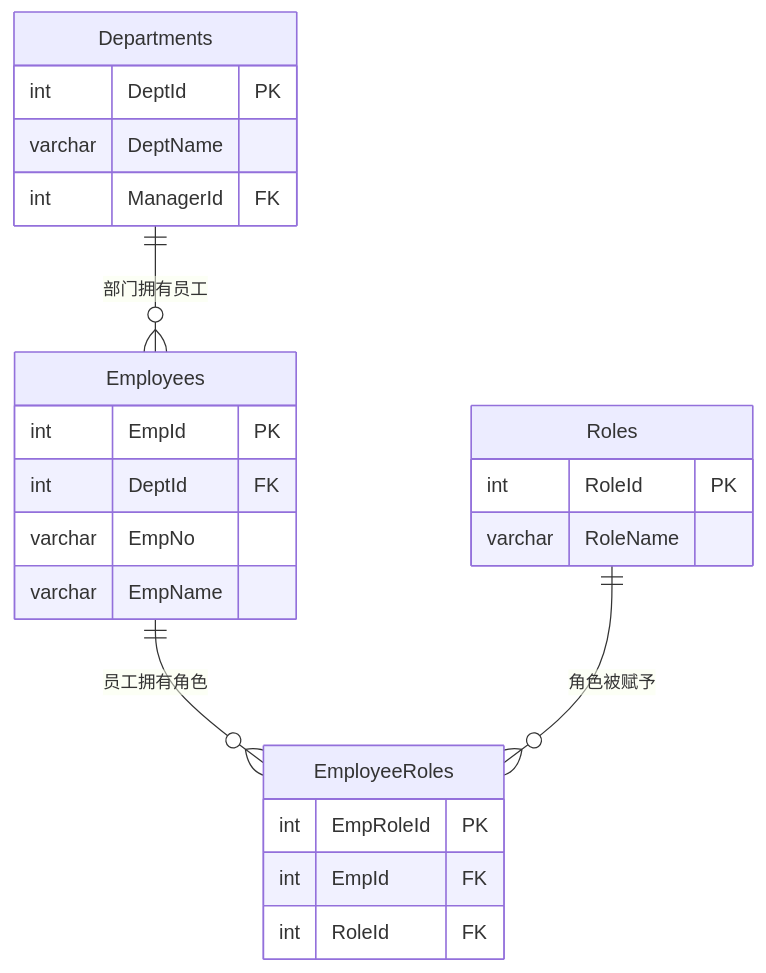
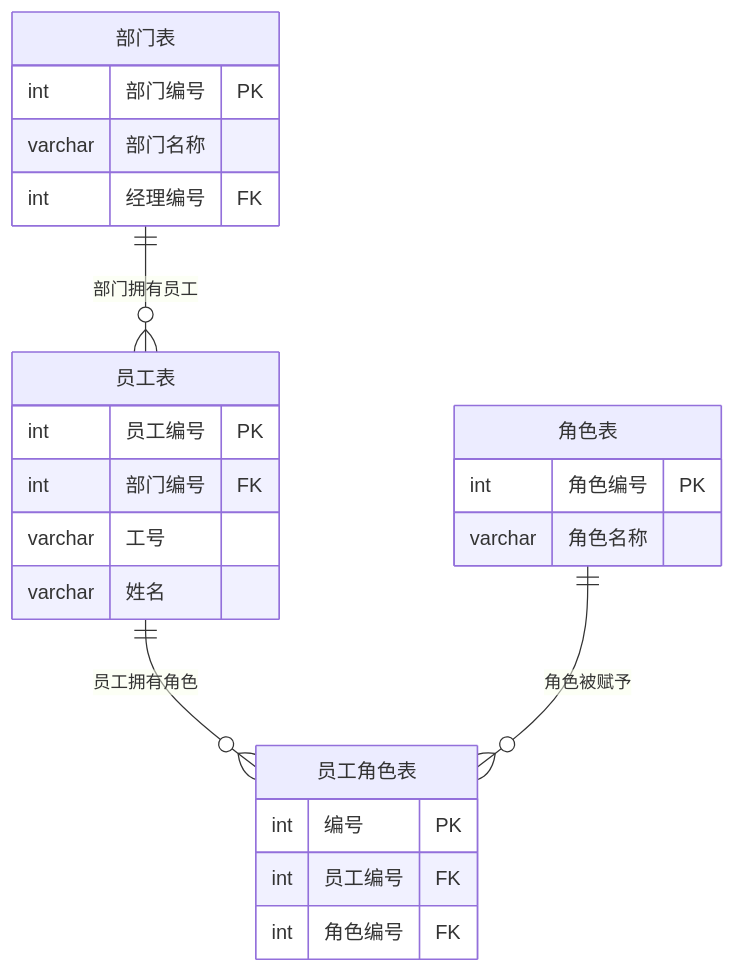
The first of 8 diagrams in KCGL_ER.md (yangboyuth/effective-palm-tree), drawn with Mermaid before and after one commit. The commit also changed other lines of this file, not shown here.

````diff
--- a/KCGL_ER.md
+++ b/KCGL_ER.md
@@ -7,27 +7,27 @@
 ```mermaid
 erDiagram
-    Departments ||--o{ Employees : "部门拥有员工"
-    Employees ||--o{ EmployeeRoles : "员工拥有角色"
-    Roles ||--o{ EmployeeRoles : "角色被赋予"
+    "部门表" ||--o{ "员工表" : "部门拥有员工"
+    "员工表" ||--o{ "员工角色表" : "员工拥有角色"
+    "角色表" ||--o{ "员工角色表" : "角色被赋予"
 
-    Departments {
-        int DeptId PK
-        varchar DeptName
-        int ManagerId FK
+    "部门表" {
+        int 部门编号 PK
+        varchar 部门名称
+        int 经理编号 FK
     }
-    Employees {
-        int EmpId PK
-        int DeptId FK
-        varchar EmpNo
-        varchar EmpName
+    "员工表" {
+        int 员工编号 PK
+        int 部门编号 FK
+        varchar 工号
+        varchar 姓名
     }
-    Roles {
-        int RoleId PK
-        varchar RoleName
+    "角色表" {
+        int 角色编号 PK
+        varchar 角色名称
     }
-    EmployeeRoles {
-        int EmpRoleId PK
-        int EmpId FK
-        int RoleId FK
+    "员工角色表" {
+        int 编号 PK
+        int 员工编号 FK
+        int 角色编号 FK
     }
 ```
````
